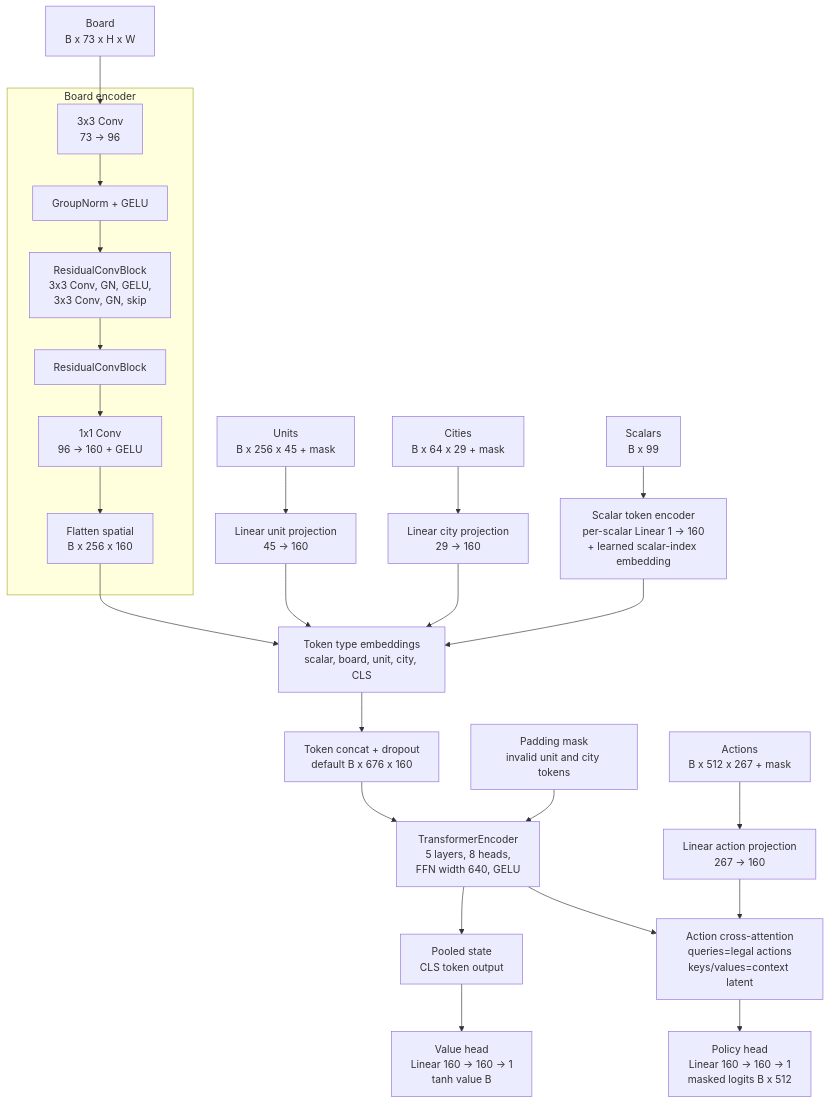
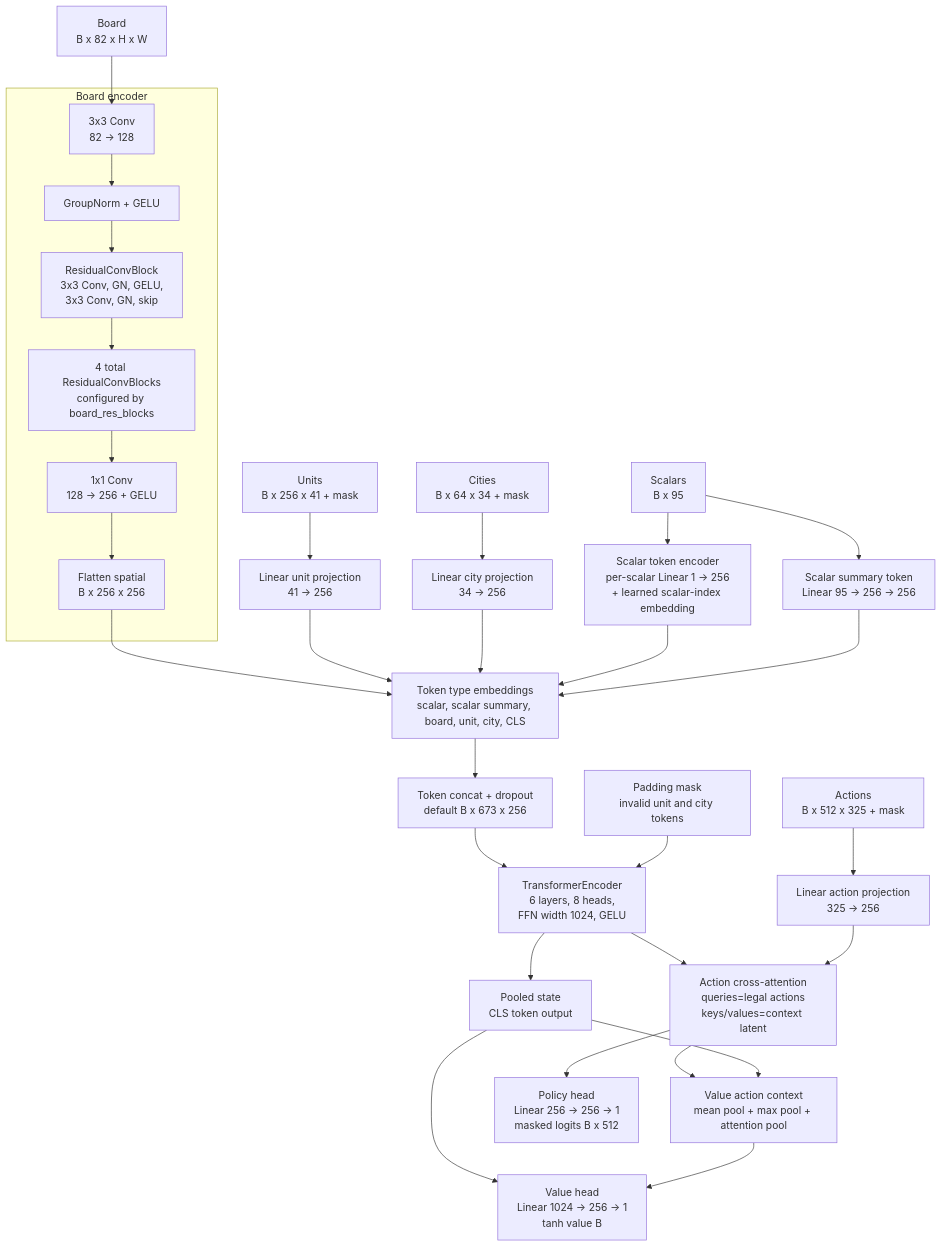
One commit to aHighHooman/MCTS-Topia changed the third of 5 diagrams in docs/hybrid-rl-model-architecture.md. Above: the diagram before and after it, drawn with Mermaid. The commit also changed other lines of this file and 1 other file, not shown here.

Commit message:
Increase hybrid policy value model capacity

````diff
--- a/docs/hybrid-rl-model-architecture.md
+++ b/docs/hybrid-rl-model-architecture.md
@@ -146,50 +148,57 @@
 ```mermaid
 flowchart TB
-    BoardIn["Board<br/>B x 73 x H x W"]
-    UnitIn["Units<br/>B x 256 x 45 + mask"]
-    CityIn["Cities<br/>B x 64 x 29 + mask"]
-    ActionIn["Actions<br/>B x 512 x 267 + mask"]
-    ScalarIn["Scalars<br/>B x 99"]
+    BoardIn["Board<br/>B x 82 x H x W"]
+    UnitIn["Units<br/>B x 256 x 41 + mask"]
+    CityIn["Cities<br/>B x 64 x 34 + mask"]
+    ActionIn["Actions<br/>B x 512 x 325 + mask"]
+    ScalarIn["Scalars<br/>B x 95"]
 
     subgraph BoardEncoder["Board encoder"]
-        Conv0["3x3 Conv<br/>73 -> 96"]
+        Conv0["3x3 Conv<br/>82 -> 128"]
         GN0["GroupNorm + GELU"]
         Res1["ResidualConvBlock<br/>3x3 Conv, GN, GELU,<br/>3x3 Conv, GN, skip"]
-        Res2["ResidualConvBlock"]
-        Conv1["1x1 Conv<br/>96 -> 160 + GELU"]
-        Flatten["Flatten spatial<br/>B x 256 x 160"]
+        ResN["4 total ResidualConvBlocks<br/>configured by board_res_blocks"]
+        Conv1["1x1 Conv<br/>128 -> 256 + GELU"]
+        Flatten["Flatten spatial<br/>B x 256 x 256"]
     end
 
-    UnitProj["Linear unit projection<br/>45 -> 160"]
-    CityProj["Linear city projection<br/>29 -> 160"]
-    ScalarProj["Scalar token encoder<br/>per-scalar Linear 1 -> 160<br/>+ learned scalar-index embedding"]
-    ActProj["Linear action projection<br/>267 -> 160"]
+    UnitProj["Linear unit projection<br/>41 -> 256"]
+    CityProj["Linear city projection<br/>34 -> 256"]
+    ScalarProj["Scalar token encoder<br/>per-scalar Linear 1 -> 256<br/>+ learned scalar-index embedding"]
+    ScalarSummary["Scalar summary token<br/>Linear 95 -> 256 -> 256"]
+    ActProj["Linear action projection<br/>325 -> 256"]
 
-    TypeEmb["Token type embeddings<br/>scalar, board, unit, city, CLS"]
-    Cat["Token concat + dropout<br/>default B x 676 x 160"]
+    TypeEmb["Token type embeddings<br/>scalar, scalar summary, board, unit, city, CLS"]
+    Cat["Token concat + dropout<br/>default B x 673 x 256"]
     Mask["Padding mask<br/>invalid unit and city tokens"]
-    Core["TransformerEncoder<br/>5 layers, 8 heads,<br/>FFN width 640, GELU"]
+    Core["TransformerEncoder<br/>6 layers, 8 heads,<br/>FFN width 1024, GELU"]
     Pooled["Pooled state<br/>CLS token output"]
     ActionAttn["Action cross-attention<br/>queries=legal actions<br/>keys/values=context latent"]
-    Policy["Policy head<br/>Linear 160 -> 160 -> 1<br/>masked logits B x 512"]
-    Value["Value head<br/>Linear 160 -> 160 -> 1<br/>tanh value B"]
+    ValueActionPool["Value action context<br/>mean pool + max pool + attention pool"]
+    Policy["Policy head<br/>Linear 256 -> 256 -> 1<br/>masked logits B x 512"]
+    Value["Value head<br/>Linear 1024 -> 256 -> 1<br/>tanh value B"]
 
-    BoardIn --> Conv0 --> GN0 --> Res1 --> Res2 --> Conv1 --> Flatten
+    BoardIn --> Conv0 --> GN0 --> Res1 --> ResN --> Conv1 --> Flatten
     UnitIn --> UnitProj
     CityIn --> CityProj
     ScalarIn --> ScalarProj
+    ScalarIn --> ScalarSummary
     ActionIn --> ActProj
 
     Flatten --> TypeEmb
     UnitProj --> TypeEmb
     CityProj --> TypeEmb
     ScalarProj --> TypeEmb
+    ScalarSummary --> TypeEmb
     TypeEmb --> Cat
     Cat --> Core
     Mask --> Core
     Core --> Pooled
-    Pooled --> Value
     Core --> ActionAttn
     ActProj --> ActionAttn
     ActionAttn --> Policy
+    ActionAttn --> ValueActionPool
+    Pooled --> ValueActionPool
+    Pooled --> Value
+    ValueActionPool --> Value
 ```
````
